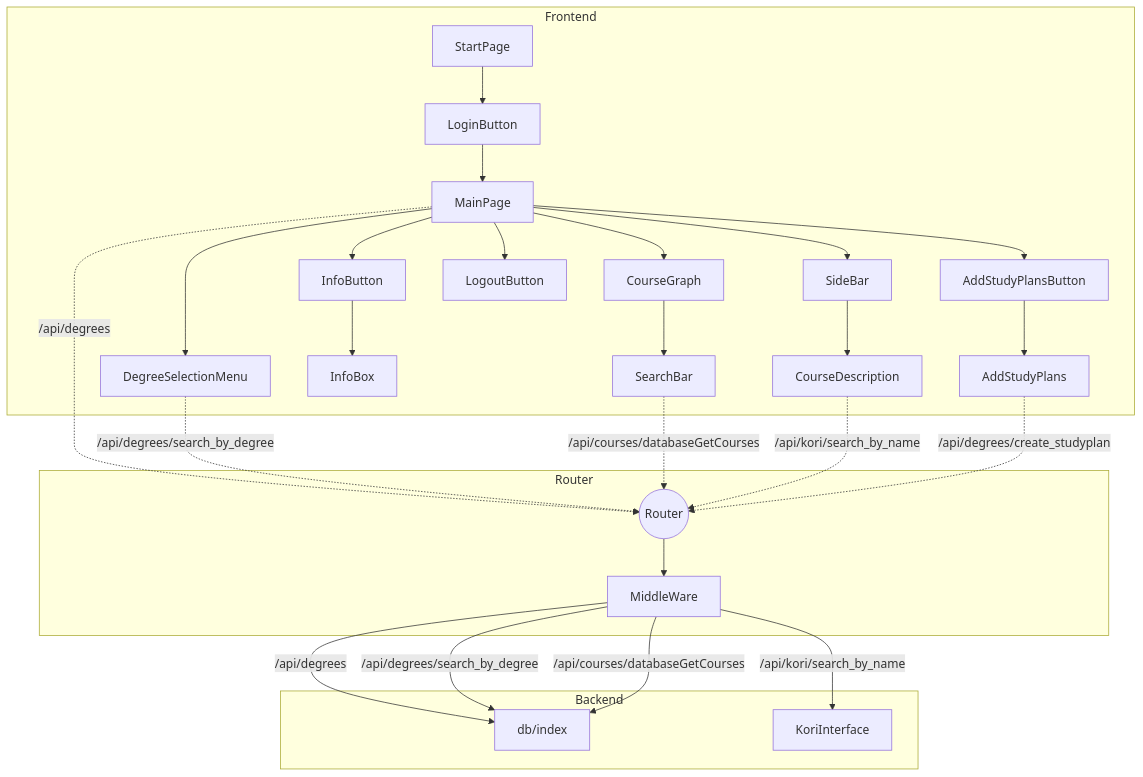
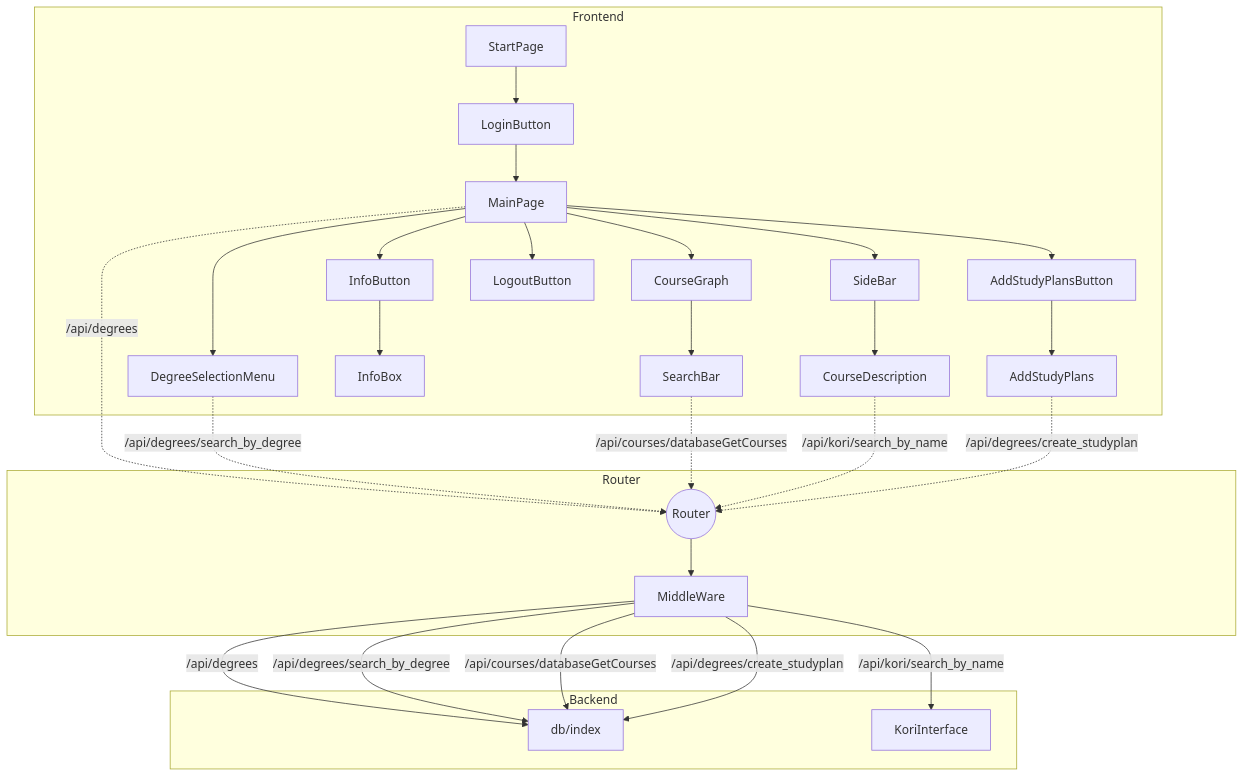
One commit to Kurssiesitieto/kurssiesitieto-ohtuprojekti changed the diagram in documentation/developer/Architecture.md. Above: the diagram before and after it, drawn with Mermaid.

````diff
--- a/documentation/developer/Architecture.md
+++ b/documentation/developer/Architecture.md
@@ -2,37 +2,38 @@
 ```mermaid
 flowchart TD
     subgraph Frontend
     AA["StartPage"]
     AA --> J["LoginButton"]
     J --> A["MainPage"]
     A --> B["CourseGraph"]
     A --> C["DegreeSelectionMenu"]
     B --> D["SearchBar"]
     A --> E["InfoButton"]
     E --> F["InfoBox"]
     A --> G["SideBar"]
     G --> H["CourseDescription"]
     A --> O["LogoutButton"]
     A --> P["AddStudyPlansButton"]
     P --> Q["AddStudyPlans"]
     end
 
     subgraph Router
     I(("Router"))
     A -."/api/degrees".->I
     C -."/api/degrees/search_by_degree".-> I
     D -."/api/courses/databaseGetCourses".-> I
     H -."/api/kori/search_by_name".->I
     Q -."/api/degrees/create_studyplan".->I
     I --> L[MiddleWare]
     end
 
     subgraph Backend
     L --"/api/degrees"--> K
     L --"/api/degrees/search_by_degree"--> K
     L --"/api/courses/databaseGetCourses"--> K
+    L --"/api/degrees/create_studyplan" --> K
     L --"/api/kori/search_by_name"--> M
     K["db/index"]
     M[KoriInterface]
     end
 ```
````
